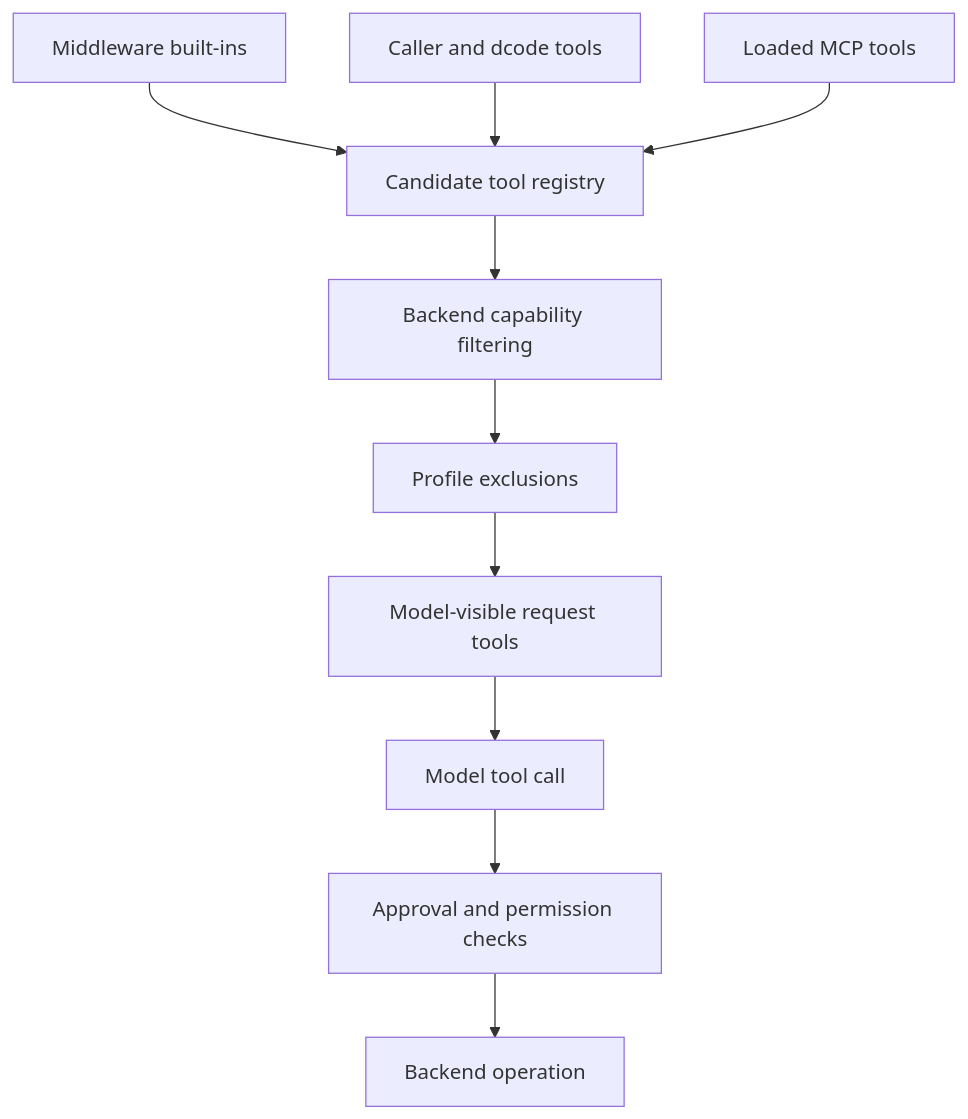
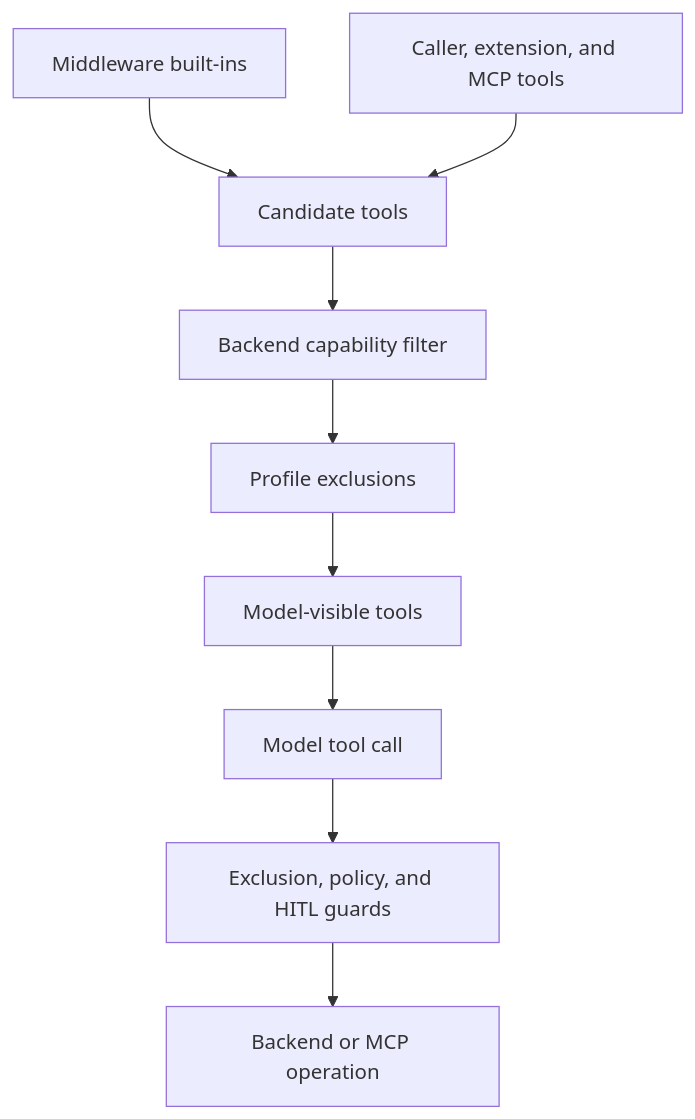
Before and after one commit to langchain-ai/deepagents: the diagram in openwiki/concepts/tools-filesystem.md, drawn with Mermaid. The commit also changed other lines of this file and 63 other files, not shown here.

````diff
--- a/openwiki/concepts/tools-filesystem.md
+++ b/openwiki/concepts/tools-filesystem.md
@@ -41,12 +45,11 @@
 ```mermaid
 flowchart TD
-  Builtins["Middleware built-ins"] --> Candidate["Candidate tool registry"]
-  Caller["Caller and dcode tools"] --> Candidate
-  MCP["Loaded MCP tools"] --> Candidate
-  Candidate --> Capability["Backend capability filtering"]
+  Builtins["Middleware built-ins"] --> Candidate["Candidate tools"]
+  Caller["Caller, extension, and MCP tools"] --> Candidate
+  Candidate --> Capability["Backend capability filter"]
   Capability --> Exclusion["Profile exclusions"]
-  Exclusion --> Visible["Model-visible request tools"]
+  Exclusion --> Visible["Model-visible tools"]
   Visible --> Call["Model tool call"]
-  Call --> Guard["Approval and permission checks"]
-  Guard --> Backend["Backend operation"]
+  Call --> Guards["Exclusion, policy, and HITL guards"]
+  Guards --> Backend["Backend or MCP operation"]
 ```
````
